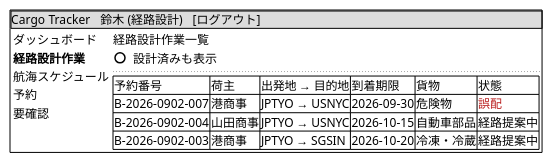
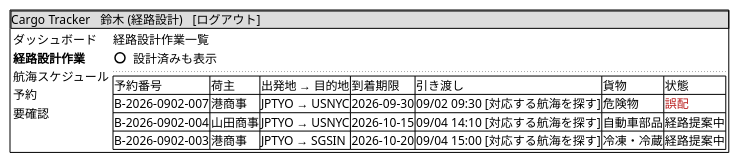
Before and after one commit to k2works/case-study-cargo-tracker: diagram 13 of 32 in docs/design/cargo-tracker/ui_design.md, drawn with PlantUML. The commit also changed other lines of this file and 3 other files, not shown here.

````diff
--- a/docs/design/cargo-tracker/ui_design.md
+++ b/docs/design/cargo-tracker/ui_design.md
@@ -648,26 +653,26 @@
 ```plantuml
 @startsalt
 {+
   {* Cargo Tracker | 鈴木 (経路設計) | [ログアウト] }
   {
     { ダッシュボード
       <b>経路設計作業
       航海スケジュール
       予約
       要確認
     } |
     {
       経路設計作業一覧
       ()  設計済みも表示
       ..
       {#
-        予約番号 | 荷主 | 出発地 → 目的地 | 到着期限 | 貨物 | 状態
-        B-2026-0902-007 | 港商事 | JPTYO → USNYC | 2026-09-30 | 危険物 | <color:#B91C1C>誤配</color>
-        B-2026-0902-004 | 山田商事 | JPTYO → USNYC | 2026-10-15 | 自動車部品 | 経路提案中
-        B-2026-0902-003 | 港商事 | JPTYO → SGSIN | 2026-10-20 | 冷凍・冷蔵 | 経路提案中
+        予約番号 | 荷主 | 出発地 → 目的地 | 到着期限 | 引き渡し | 貨物 | 状態
+        B-2026-0902-007 | 港商事 | JPTYO → USNYC | 2026-09-30 | 09/02 09:30 [対応する航海を探す] | 危険物 | <color:#B91C1C>誤配</color>
+        B-2026-0902-004 | 山田商事 | JPTYO → USNYC | 2026-10-15 | 09/04 14:10 [対応する航海を探す] | 自動車部品 | 経路提案中
+        B-2026-0902-003 | 港商事 | JPTYO → SGSIN | 2026-10-20 | 09/04 15:00 [対応する航海を探す] | 冷凍・冷蔵 | 経路提案中
       }
     }
   }
 }
 @endsalt
 ```
````
